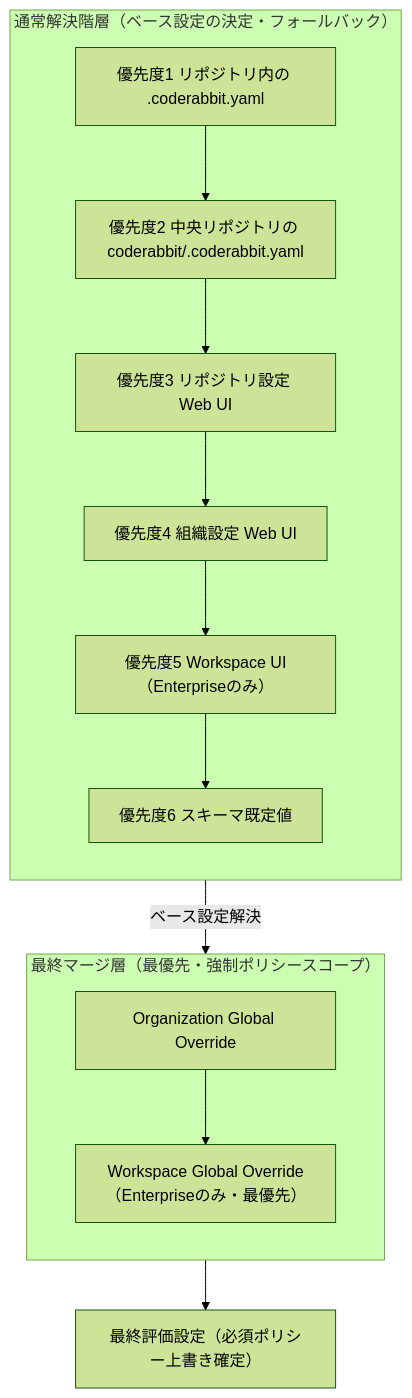
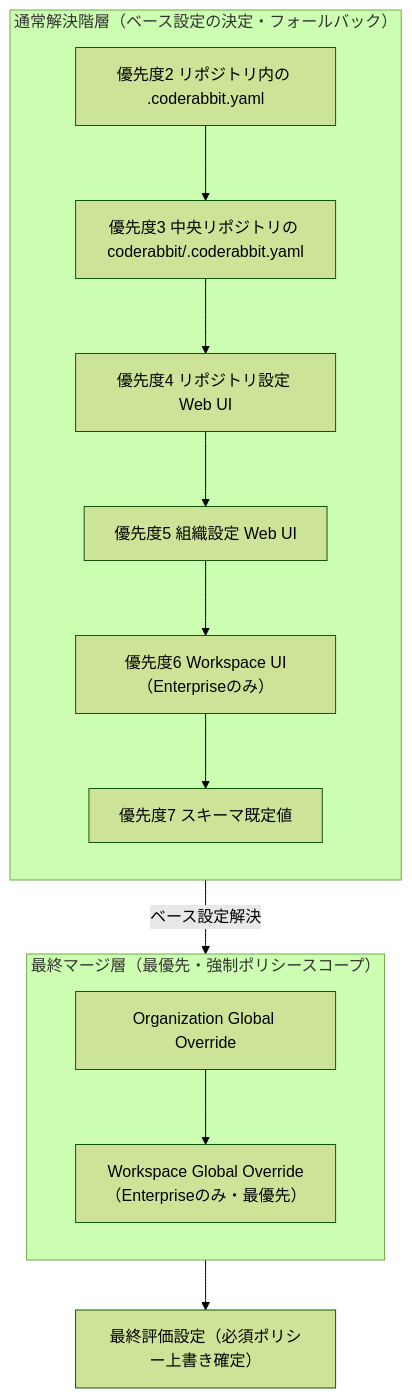
Before and after one commit to myoshi2891/Comparison-of-LLMs: the second of 10 diagrams in archive/md/code-review/Coderabbit-best-practices.md, drawn with Mermaid (forest theme). The commit also changed 2 other files, not shown here.

Commit message:
docs(code-review): align configuration precedence numbers with official hierarchy (priority 2 to 7)

````diff
--- a/archive/md/code-review/Coderabbit-best-practices.md
+++ b/archive/md/code-review/Coderabbit-best-practices.md
@@ -128,21 +128,21 @@
 ```mermaid
 flowchart TB
     subgraph Base["通常解決階層（ベース設定の決定・フォールバック）"]
         direction TB
-        P1["優先度1 リポジトリ内の .coderabbit.yaml"] --> P2["優先度2 中央リポジトリの coderabbit/.coderabbit.yaml"]
-        P2 --> P3["優先度3 リポジトリ設定 Web UI"]
-        P3 --> P4["優先度4 組織設定 Web UI"]
-        P4 --> P5["優先度5 Workspace UI（Enterpriseのみ）"]
-        P5 --> P6["優先度6 スキーマ既定値"]
+        P2["優先度2 リポジトリ内の .coderabbit.yaml"] --> P3["優先度3 中央リポジトリの coderabbit/.coderabbit.yaml"]
+        P3 --> P4["優先度4 リポジトリ設定 Web UI"]
+        P4 --> P5["優先度5 組織設定 Web UI"]
+        P5 --> P6["優先度6 Workspace UI（Enterpriseのみ）"]
+        P6 --> P7["優先度7 スキーマ既定値"]
     end
 
     subgraph Overrides["最終マージ層（最優先・強制ポリシースコープ）"]
         direction TB
         OrgGO["Organization Global Override"]
         WsGO["Workspace Global Override（Enterpriseのみ・最優先）"]
     end
 
     Base -->|ベース設定解決| OrgGO
     OrgGO --> WsGO
     WsGO --> Final["最終評価設定（必須ポリシー上書き確定）"]
 ```
````
